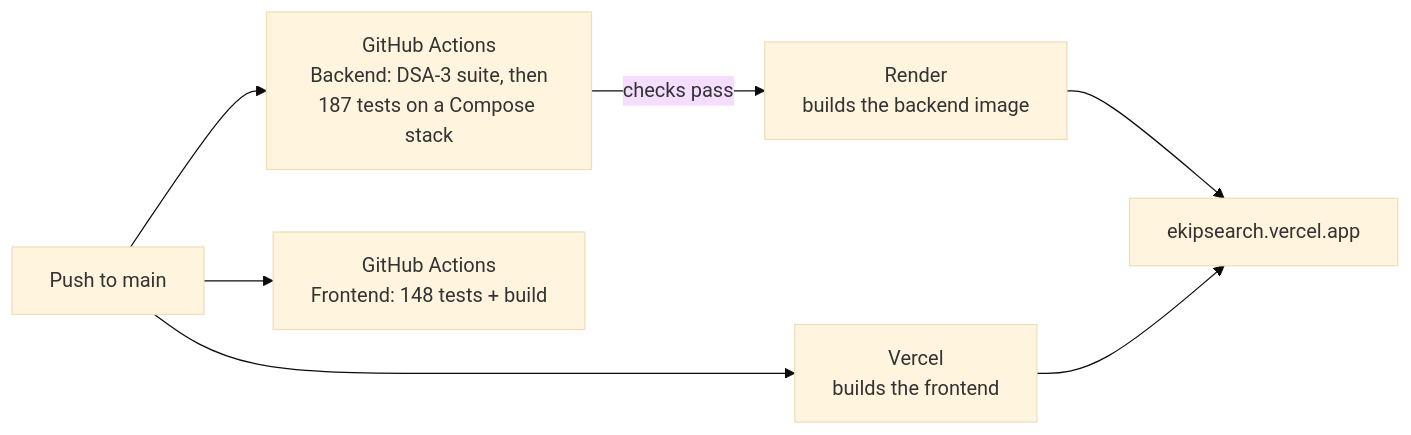
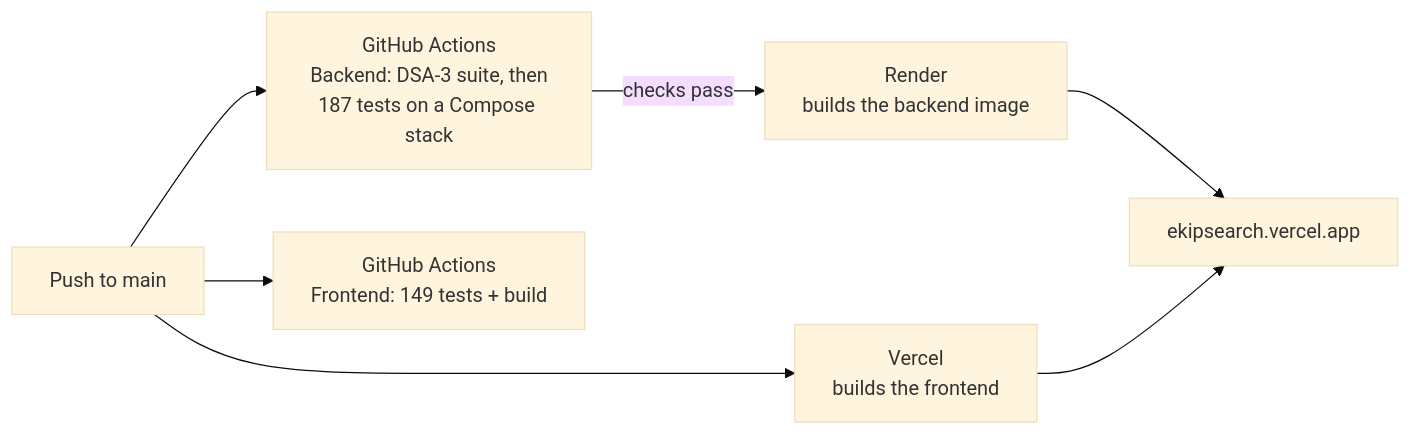
The seventh of 7 diagrams in docs/PROJECT_OVERVIEW.md (SathyaMaragani/Enterprise-Knowledge-Intelligence-Platform), drawn with Mermaid (base theme) before and after one commit. The commit also changed other lines of this file and 16 other files, not shown here.

First line of the commit message:
docs: redesign the README with SVG diagrams and app screenshots

````diff
--- a/docs/PROJECT_OVERVIEW.md
+++ b/docs/PROJECT_OVERVIEW.md
@@ -355,9 +355,9 @@
 ```mermaid
 flowchart LR
     GH[Push to main] --> CI1[GitHub Actions<br/>Backend: DSA-3 suite, then<br/>187 tests on a Compose stack]
-    GH --> CI2[GitHub Actions<br/>Frontend: 148 tests + build]
+    GH --> CI2[GitHub Actions<br/>Frontend: 149 tests + build]
     CI1 -->|checks pass| RD[Render<br/>builds the backend image]
     GH --> VC[Vercel<br/>builds the frontend]
     RD --> LIVE[ekipsearch.vercel.app]
     VC --> LIVE
 ```
````
